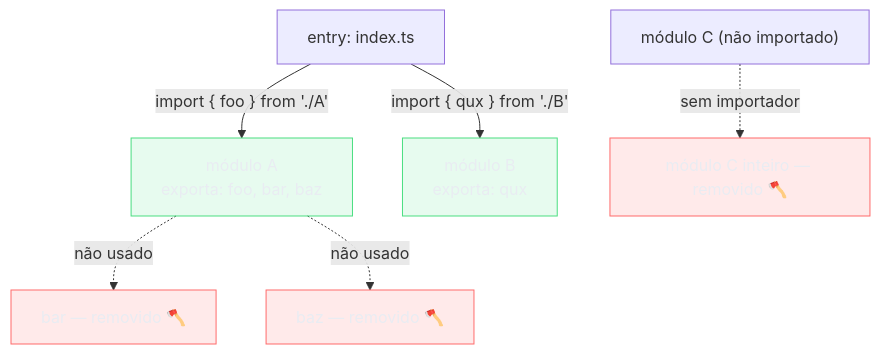
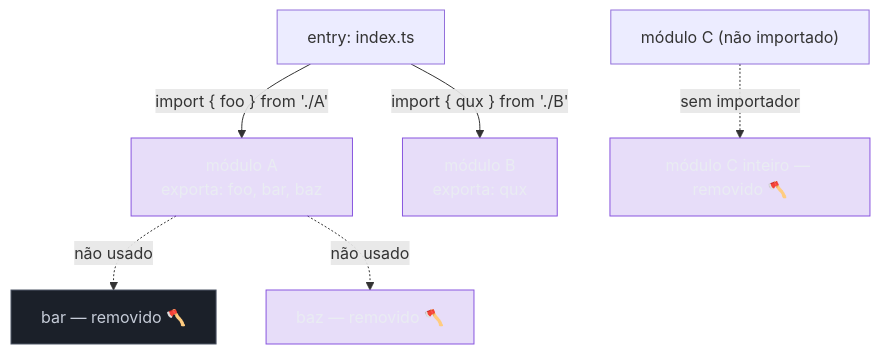
The second of 11 diagrams in 03-Dominios/Tecnologia/Tooling e Build/14 - Rollup, esbuild e Rolldown.md (josenaldo/codex-technomanticus), drawn with Mermaid before and after one commit. The commit also changed other lines of this file and 601 other files, not shown here.

````diff
--- a/03-Dominios/Tecnologia/Tooling e Build/14 - Rollup, esbuild e Rolldown.md
+++ b/03-Dominios/Tecnologia/Tooling e Build/14 - Rollup, esbuild e Rolldown.md
@@ -136,21 +136,21 @@
 ```mermaid
 flowchart TD
-    classDef falha fill:#FF6B6B24,stroke:#FF6B6B,color:#E9ECF2
-    classDef ok fill:#4ADE8021,stroke:#4ADE80,color:#E9ECF2
+    classDef marca fill:#8855DF33,stroke:#8855DF,color:#E9ECF2
+    classDef neutro fill:#1B2029,stroke:#4E5666,color:#C6CCD8
     ENTRY["entry: index.ts"]
     A["módulo A\nexporta: foo, bar, baz"]
     B["módulo B\nexporta: qux"]
     C["módulo C (não importado)"]
 
     ENTRY -->|"import { foo } from './A'"| A
     ENTRY -->|"import { qux } from './B'"| B
     A -.->|"não usado"| BAR["bar — removido 🪓"]
     A -.->|"não usado"| BAZ["baz — removido 🪓"]
     C -.->|"sem importador"| CDEAD["módulo C inteiro — removido 🪓"]
 
-    class BAR falha
-    class BAZ falha
-    class CDEAD falha
-    class A ok
-    class B ok
+    class BAR neutro
+    class BAZ marca
+    class CDEAD marca
+    class A marca
+    class B marca
 ```
````
